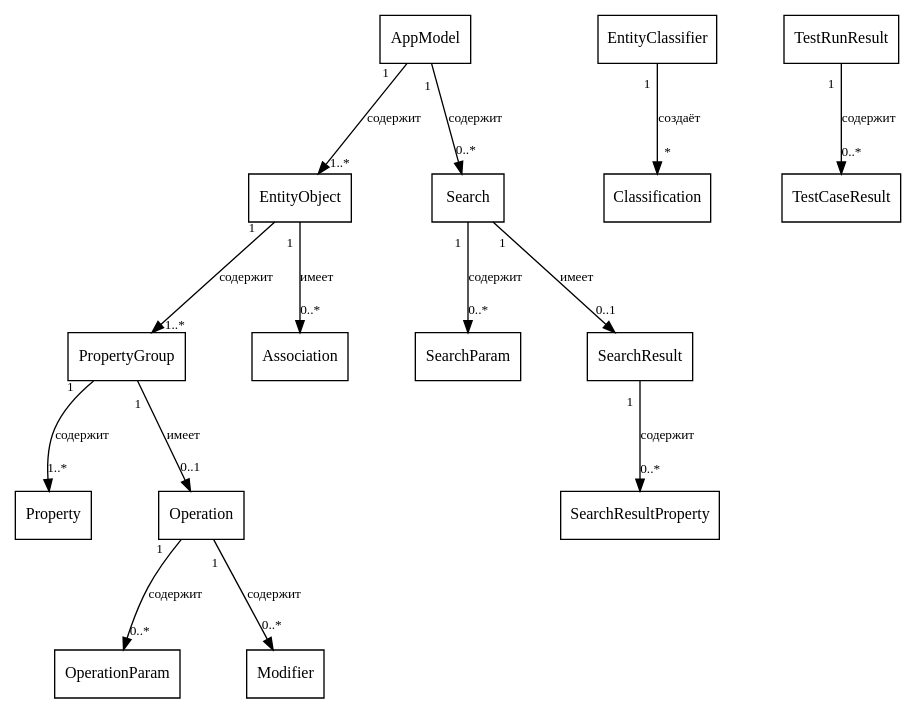
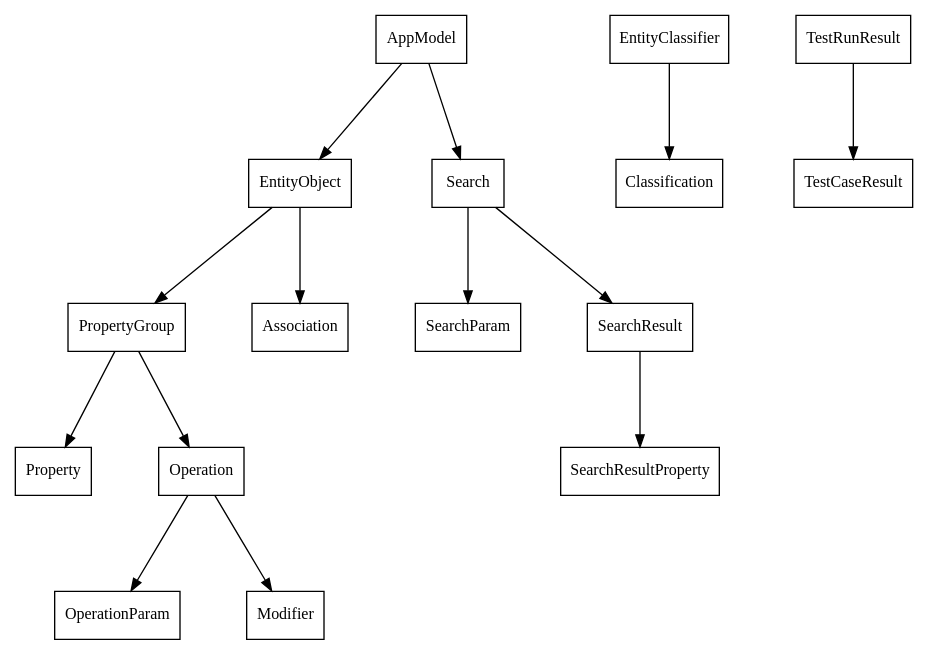
One commit to nastolbov/AutoTestGeneratorUpdate changed the diagram in diagrams/cls_model_initial.dot. Above: the diagram before and after it, drawn with Graphviz. The commit also changed 38 other files, not shown here.

```diff
--- a/diagrams/cls_model_initial.dot
+++ b/diagrams/cls_model_initial.dot
@@ -1,37 +1,17 @@
 digraph cls_model_initial {
     rankdir=TB; fontname="Liberation Serif";
     nodesep=0.7; ranksep=1.0;
     node [fontname="Liberation Serif", fontsize=12, shape=box, style=filled, fillcolor=white];
-    edge [color=black, fontname="Liberation Serif", fontsize=10, labeldistance=1.8, arrowsize=0.9];
+    edge [color=black, arrowsize=0.9];
 
-    AM  [label="AppModel"];
-    EO  [label="EntityObject"];
-    PG  [label="PropertyGroup"];
-    P   [label="Property"];
-    Op  [label="Operation"];
-    OP  [label="OperationParam"];
-    M   [label="Modifier"];
-    A   [label="Association"];
-    S   [label="Search"];
-    SP  [label="SearchParam"];
-    SR  [label="SearchResult"];
-    SRP [label="SearchResultProperty"];
-    EC  [label="EntityClassifier"];
-    CL  [label="Classification"];
-    TRR [label="TestRunResult"];
-    TCR [label="TestCaseResult"];
-    AM -> EO   [label="содержит", taillabel="1", headlabel="1..*"];
-    AM -> S    [label="содержит", taillabel="1", headlabel="0..*"];
-    EO -> PG   [label="содержит", taillabel="1", headlabel="1..*"];
-    EO -> A    [label="имеет", taillabel="1", headlabel="0..*"];
-    PG -> P    [label="содержит", taillabel="1", headlabel="1..*"];
-    PG -> Op   [label="имеет", taillabel="1", headlabel="0..1"];
-    Op -> OP   [label="содержит", taillabel="1", headlabel="0..*"];
-    Op -> M    [label="содержит", taillabel="1", headlabel="0..*"];
-    S  -> SP   [label="содержит", taillabel="1", headlabel="0..*"];
-    S  -> SR   [label="имеет", taillabel="1", headlabel="0..1"];
-    SR -> SRP  [label="содержит", taillabel="1", headlabel="0..*"];
-    EC -> CL   [label="создаёт", taillabel="1", headlabel="*"];
-    TRR -> TCR [label="содержит", taillabel="1", headlabel="0..*"];
+    AM [label="AppModel"]; EO [label="EntityObject"]; PG [label="PropertyGroup"];
+    P [label="Property"]; Op [label="Operation"]; OP [label="OperationParam"];
+    M [label="Modifier"]; A [label="Association"];
+    S [label="Search"]; SP [label="SearchParam"]; SR [label="SearchResult"]; SRP [label="SearchResultProperty"];
+    EC [label="EntityClassifier"]; CL [label="Classification"];
+    TRR [label="TestRunResult"]; TCR [label="TestCaseResult"];
+    AM -> EO; AM -> S; EO -> PG; EO -> A; PG -> P; PG -> Op;
+    Op -> OP; Op -> M; S -> SP; S -> SR; SR -> SRP;
+    EC -> CL; TRR -> TCR;
 
 }
```
